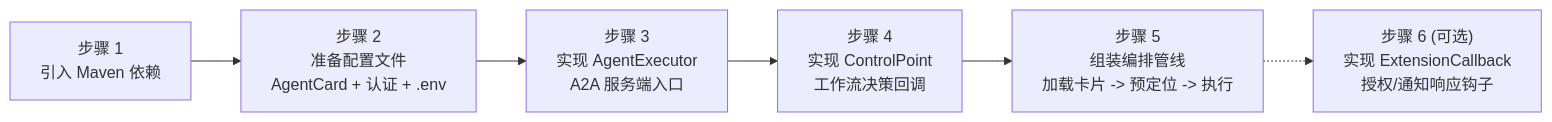
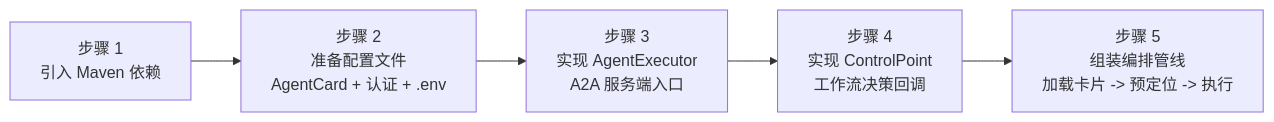
The second of 4 diagrams in docs/zh/工作台集成指南.md (project-openan/workflow-engine-sdk-java), drawn with Mermaid before and after one commit. The commit also changed other lines of this file and 177 other files, not shown here.

Commit message:
refactor: rename package to dev.openan.workflow.engine, remove ExtensionCallback, fix Mermaid v11 syntax, update docs

````diff
--- a/docs/zh/工作台集成指南.md
+++ b/docs/zh/工作台集成指南.md
@@ -58,12 +58,10 @@
 ```mermaid
 graph LR
     S1["步骤 1<br/>引入 Maven 依赖"]
     S2["步骤 2<br/>准备配置文件<br/>AgentCard + 认证 + .env"]
     S3["步骤 3<br/>实现 AgentExecutor<br/>A2A 服务端入口"]
     S4["步骤 4<br/>实现 ControlPoint<br/>工作流决策回调"]
     S5["步骤 5<br/>组装编排管线<br/>加载卡片 -> 预定位 -> 执行"]
-    S6["步骤 6 (可选)<br/>实现 ExtensionCallback<br/>授权/通知响应钩子"]
 
     S1 --> S2 --> S3 --> S4 --> S5
-    S5 -.-> S6
 ```
````
